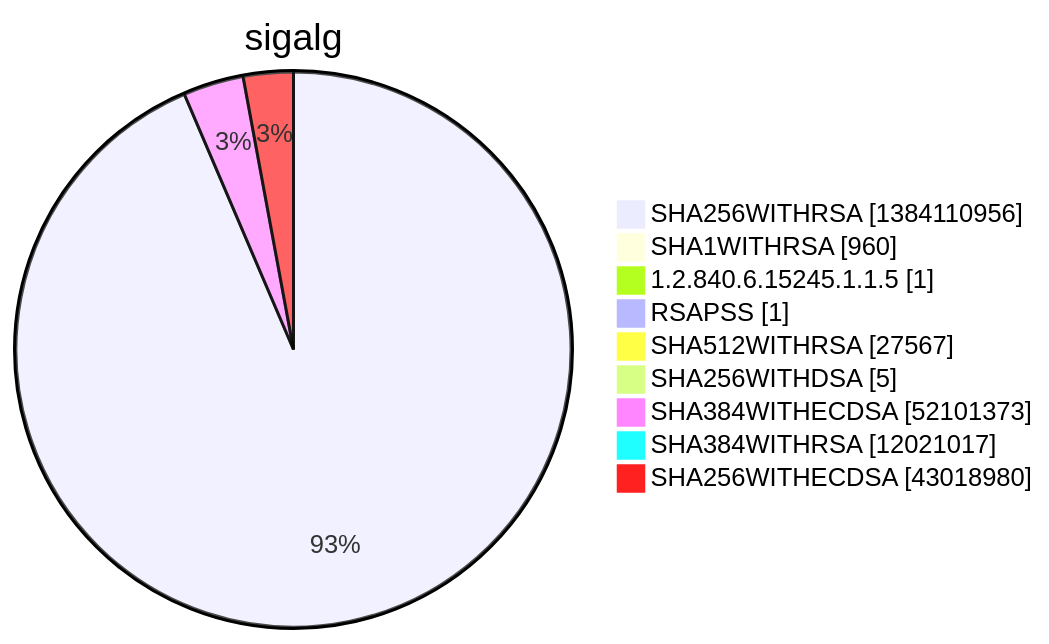
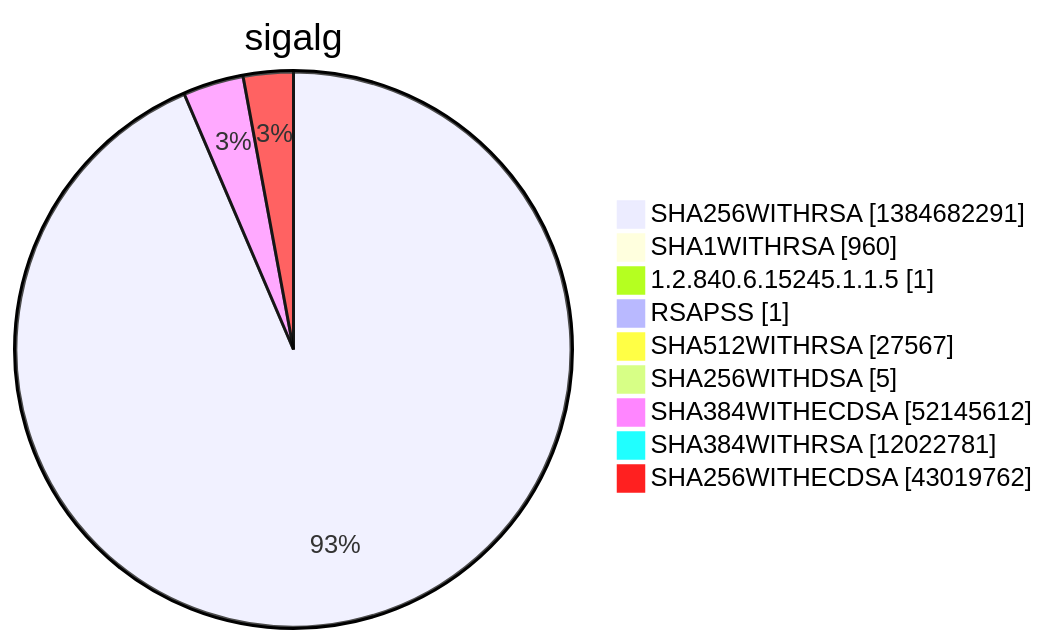
Before and after one commit to christiankrug/ctmonitor_visualization: diagram 15 of 15 in argon2022/README.md, drawn with Mermaid. The commit also changed other lines of this file, not shown here.

````diff
--- a/argon2022/README.md
+++ b/argon2022/README.md
@@ -5524,13 +5524,13 @@
 ```mermaid
 pie showData
 title sigalg
-"SHA256WITHRSA" :1384110956
+"SHA256WITHRSA" :1384682291
 "SHA1WITHRSA" :960
 "1.2.840.6.15245.1.1.5" :1
 "RSAPSS" :1
 "SHA512WITHRSA" :27567
 "SHA256WITHDSA" :5
-"SHA384WITHECDSA" :52101373
-"SHA384WITHRSA" :12021017
-"SHA256WITHECDSA" :43018980
+"SHA384WITHECDSA" :52145612
+"SHA384WITHRSA" :12022781
+"SHA256WITHECDSA" :43019762
 ```
````
